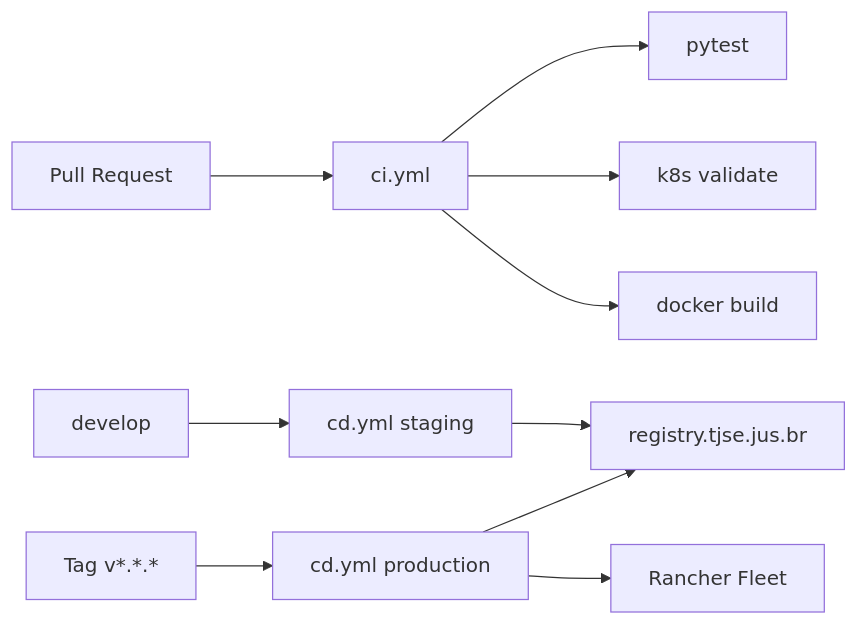
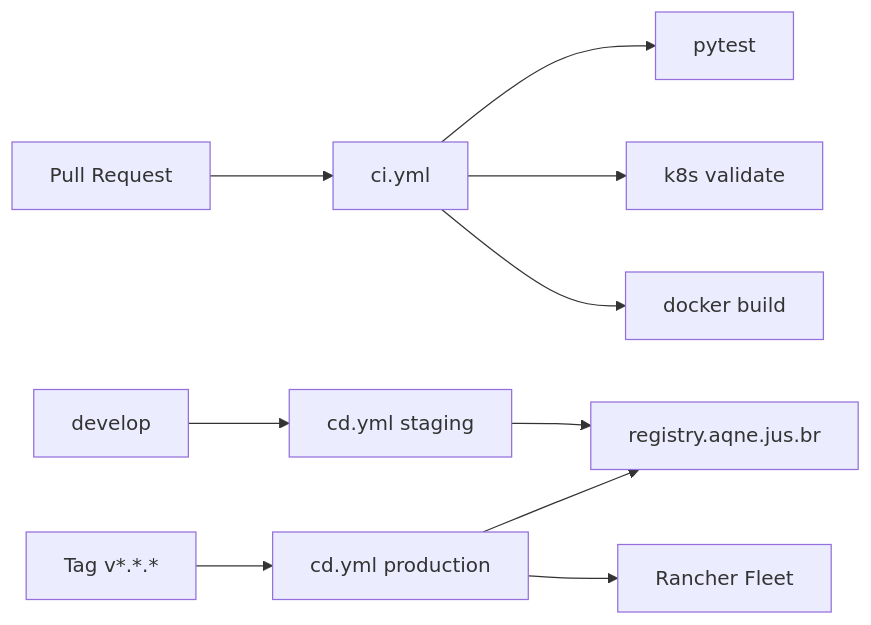
Before and after one commit to avilarezende/segportal: the diagram in docs/CI_CD.md, drawn with Mermaid. The commit also changed other lines of this file and 83 other files, not shown here.

First line of the commit message:
refactor: substitui marca TJSE por AQNE em todo o SegPortal

````diff
--- a/docs/CI_CD.md
+++ b/docs/CI_CD.md
@@ -7,12 +7,12 @@
 ```mermaid
 flowchart LR
     PR[Pull Request] --> CI[ci.yml]
     CI --> T[pytest]
     CI --> K[k8s validate]
     CI --> D[docker build]
     develop --> CDstg[cd.yml staging]
     tag[Tag v*.*.*] --> CDprod[cd.yml production]
-    CDstg --> R[registry.tjse.jus.br]
+    CDstg --> R[registry.aqne.jus.br]
     CDprod --> R
     CDprod --> Fleet[Rancher Fleet]
 ```
````
